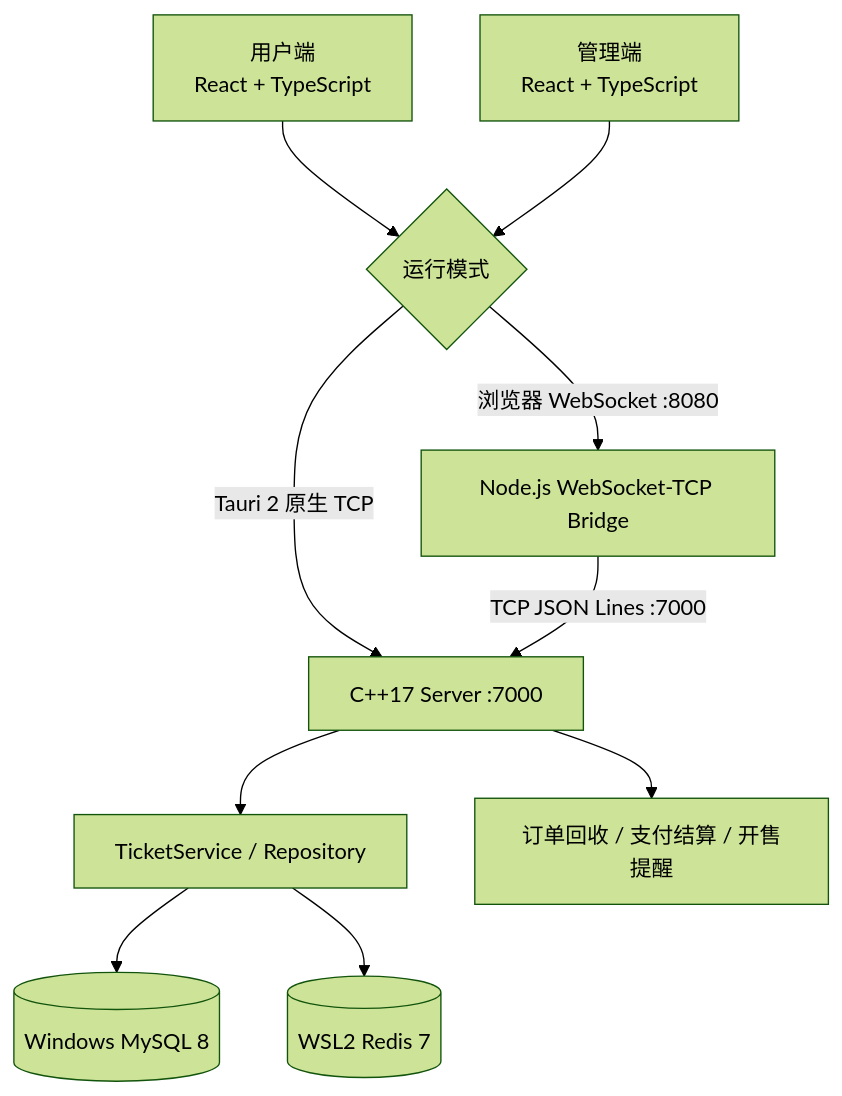
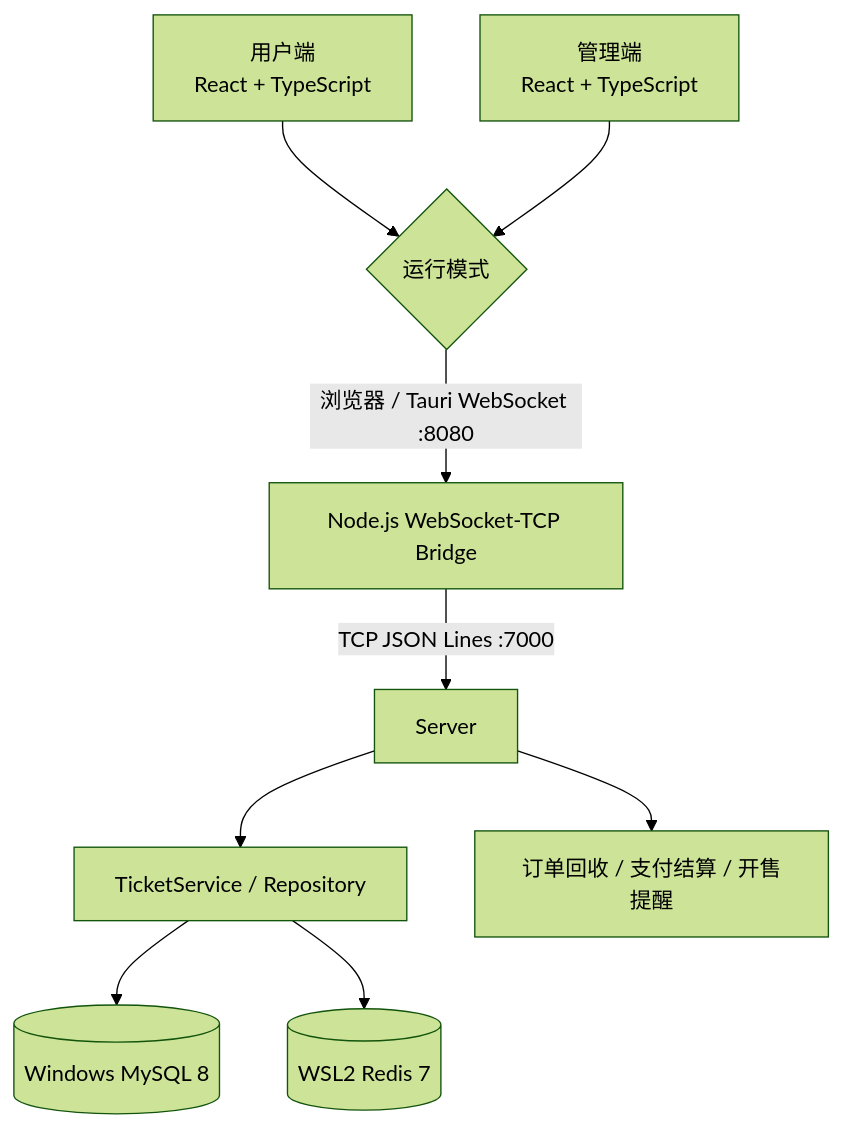
The first of 2 diagrams in README.md (shanchuann/HyperTicket), drawn with Mermaid (forest theme) before and after one commit. The commit also changed other lines of this file and 5 other files, not shown here.

````diff
--- a/README.md
+++ b/README.md
@@ -42,12 +42,11 @@
 ```mermaid
 flowchart TB
     User[用户端<br/>React + TypeScript] --> Browser{运行模式}
     Admin[管理端<br/>React + TypeScript] --> Browser
-    Browser -->|浏览器 WebSocket :8080| Bridge[Node.js WebSocket-TCP Bridge]
-    Browser -->|Tauri 2 原生 TCP| Server[C++17 Server :7000]
+    Browser -->|浏览器 / Tauri WebSocket :8080| Bridge[Node.js WebSocket-TCP Bridge]
     Bridge -->|TCP JSON Lines :7000| Server
     Server --> Domain[TicketService / Repository]
     Domain --> MySQL[(Windows MySQL 8)]
     Domain --> Redis[(WSL2 Redis 7)]
     Server --> Scheduler[订单回收 / 支付结算 / 开售提醒]
 ```
````
